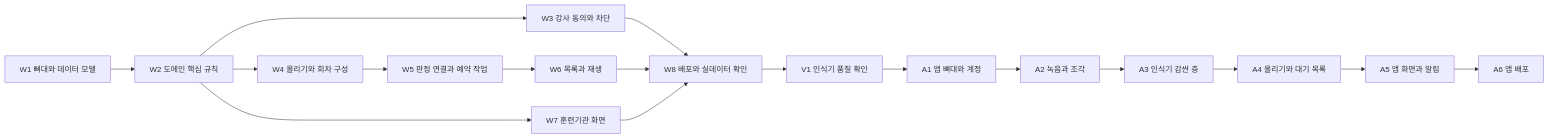
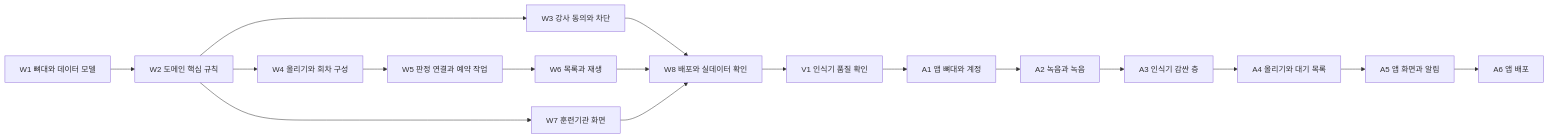
The diagram in tasks/task-list.md (hayoungv/kokjip), drawn with Mermaid before and after one commit. The commit also changed other lines of this file and 29 other files, not shown here.

````diff
--- a/tasks/task-list.md
+++ b/tasks/task-list.md
@@ -17,19 +17,19 @@
 ```mermaid
 flowchart LR
     W1["W1 뼈대와 데이터 모델"] --> W2["W2 도메인 핵심 규칙"]
     W2 --> W3["W3 강사 동의와 차단"]
     W2 --> W4["W4 올리기와 회차 구성"]
     W4 --> W5["W5 판정 연결과 예약 작업"]
     W5 --> W6["W6 목록과 재생"]
     W2 --> W7["W7 훈련기관 화면"]
     W3 --> W8["W8 배포와 실데이터 확인"]
     W6 --> W8
     W7 --> W8
     W8 --> V1["V1 인식기 품질 확인"]
     V1 --> A1["A1 앱 뼈대와 계정"]
-    A1 --> A2["A2 녹음과 조각"]
+    A1 --> A2["A2 녹음과 녹음"]
     A2 --> A3["A3 인식기 감싼 층"]
     A3 --> A4["A4 올리기와 대기 목록"]
     A4 --> A5["A5 앱 화면과 알림"]
     A5 --> A6["A6 앱 배포"]
 ```
````
